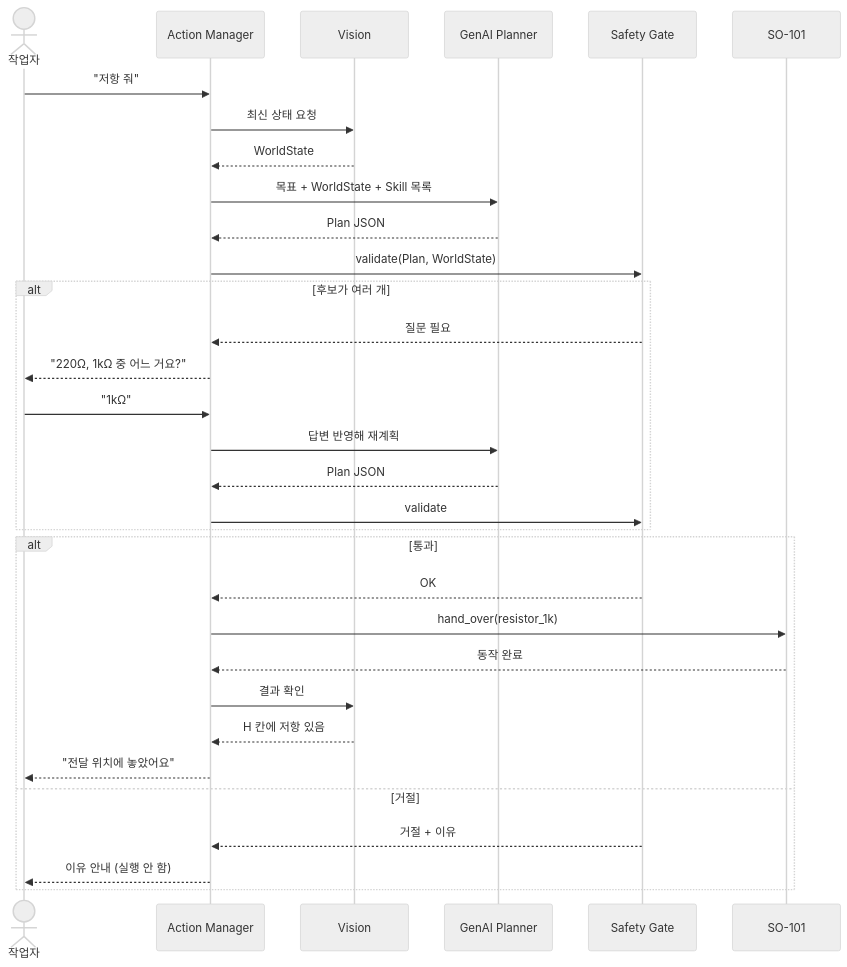
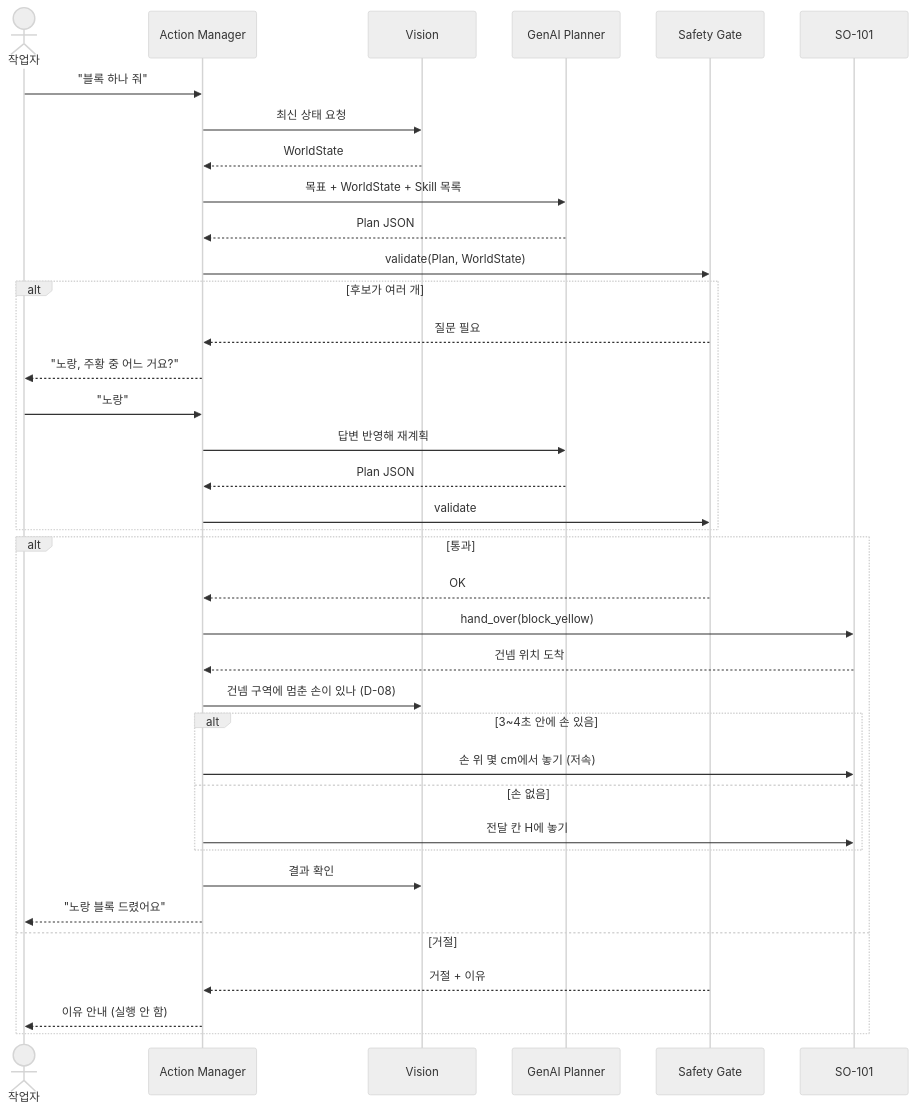
The fourth of 7 diagrams in docs/architecture.md (Gansoolgo/Thursday), drawn with Mermaid (neutral theme) before and after one commit. The commit also changed other lines of this file and 12 other files, not shown here.

````diff
--- a/docs/architecture.md
+++ b/docs/architecture.md
@@ -232,35 +234,40 @@
 ```mermaid
 sequenceDiagram
     actor User as 작업자
     participant App as Action Manager
     participant Vision
     participant Planner as GenAI Planner
     participant Gate as Safety Gate
     participant Arm as SO-101
 
-    User->>App: "저항 줘"
+    User->>App: "블록 하나 줘"
     App->>Vision: 최신 상태 요청
     Vision-->>App: WorldState
     App->>Planner: 목표 + WorldState + Skill 목록
     Planner-->>App: Plan JSON
     App->>Gate: validate(Plan, WorldState)
     alt 후보가 여러 개
         Gate-->>App: 질문 필요
-        App-->>User: "220Ω, 1kΩ 중 어느 거요?"
-        User->>App: "1kΩ"
+        App-->>User: "노랑, 주황 중 어느 거요?"
+        User->>App: "노랑"
         App->>Planner: 답변 반영해 재계획
         Planner-->>App: Plan JSON
         App->>Gate: validate
     end
     alt 통과
         Gate-->>App: OK
-        App->>Arm: hand_over(resistor_1k)
-        Arm-->>App: 동작 완료
+        App->>Arm: hand_over(block_yellow)
+        Arm-->>App: 건넴 위치 도착
+        App->>Vision: 건넴 구역에 멈춘 손이 있나 (D-08)
+        alt 3~4초 안에 손 있음
+            App->>Arm: 손 위 몇 cm에서 놓기 (저속)
+        else 손 없음
+            App->>Arm: 전달 칸 H에 놓기
+        end
         App->>Vision: 결과 확인
-        Vision-->>App: H 칸에 저항 있음
-        App-->>User: "전달 위치에 놓았어요"
+        App-->>User: "노랑 블록 드렸어요"
     else 거절
         Gate-->>App: 거절 + 이유
         App-->>User: 이유 안내 (실행 안 함)
     end
 ```
````
